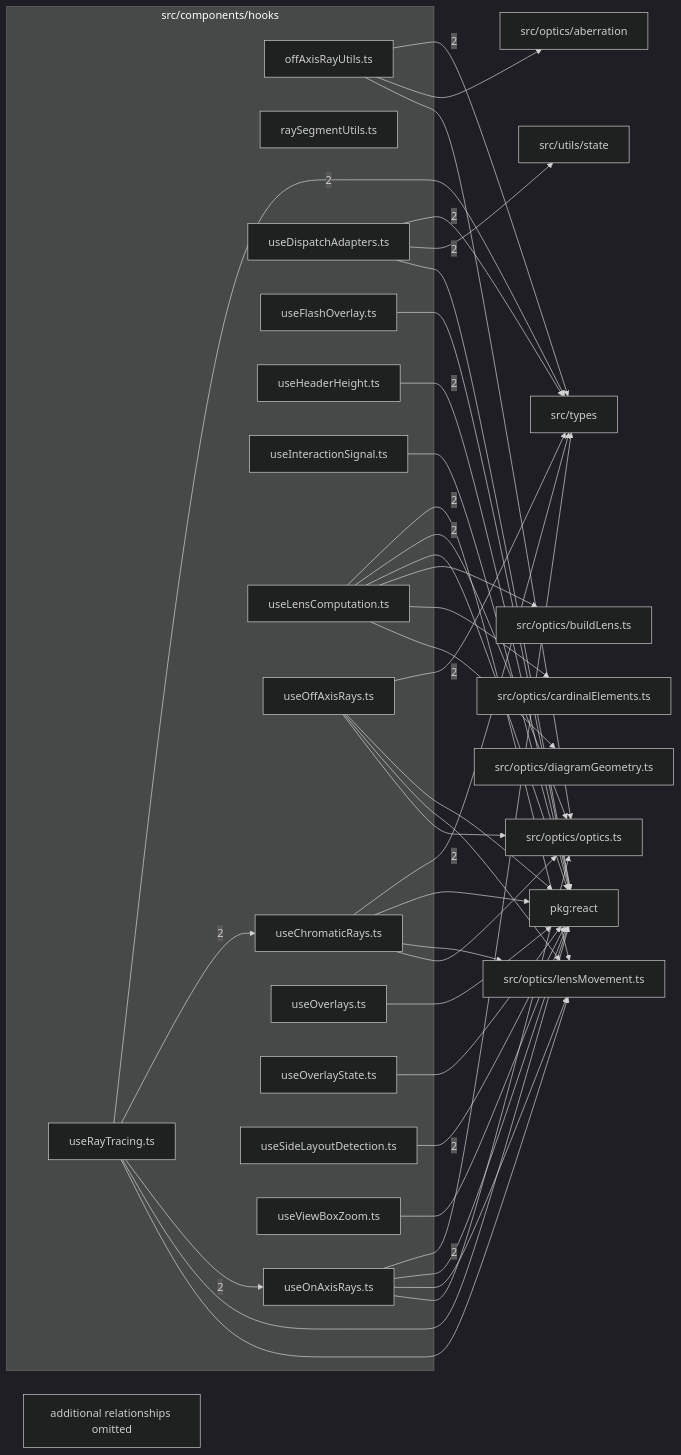
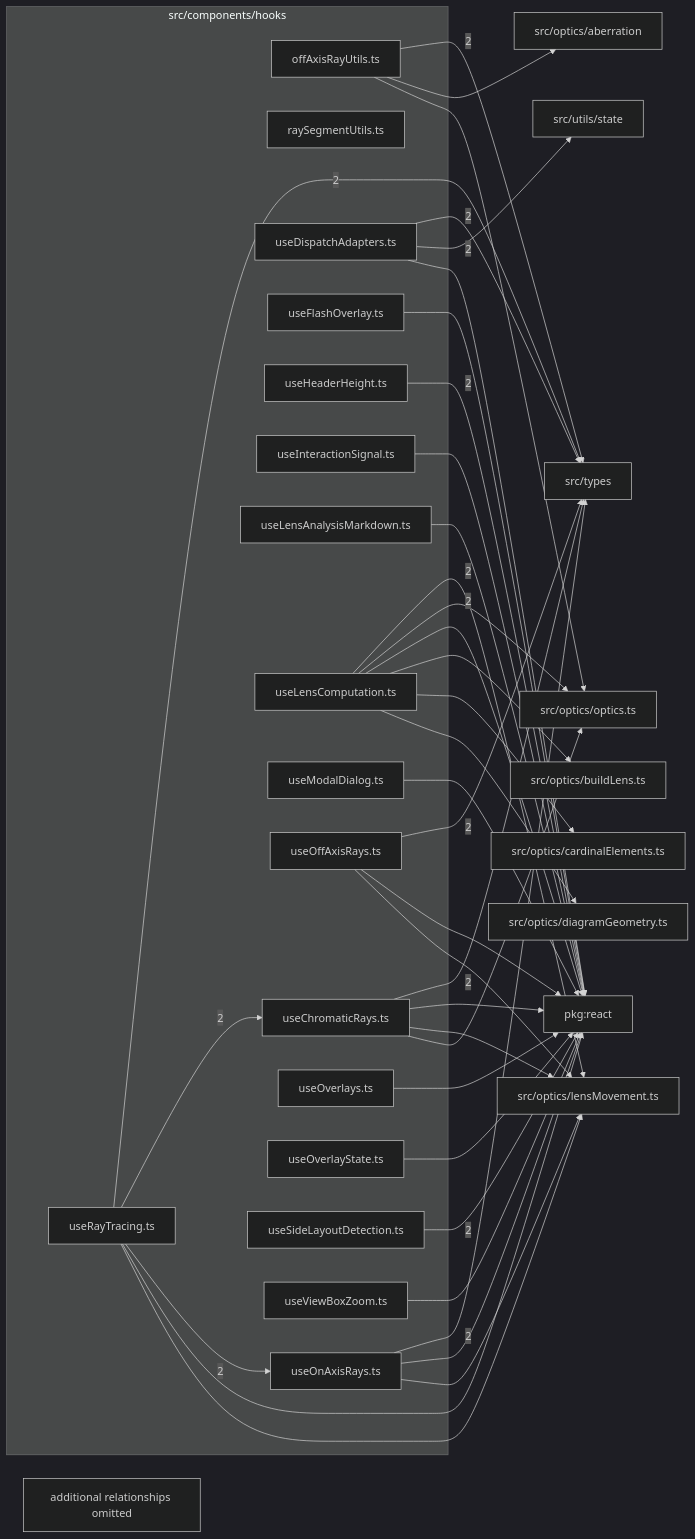
Before and after one commit to ronbuening/LensVisualizer: the diagram in src/components/hooks/readme.md, drawn with Mermaid (dark theme). The commit also changed other lines of this file and 38 other files, not shown here.

````diff
--- a/src/components/hooks/readme.md
+++ b/src/components/hooks/readme.md
@@ -9,66 +9,68 @@
 ```mermaid
 flowchart LR
   subgraph n_src_components_hooks["src/components/hooks"]
     n_src_components_hooks_src_components_hooks_offAxisRayUtils_ts["offAxisRayUtils.ts"]
     n_src_components_hooks_src_components_hooks_raySegmentUtils_ts["raySegmentUtils.ts"]
     n_src_components_hooks_src_components_hooks_useChromaticRays_ts["useChromaticRays.ts"]
     n_src_components_hooks_src_components_hooks_useDispatchAdapters_ts["useDispatchAdapters.ts"]
     n_src_components_hooks_src_components_hooks_useFlashOverlay_ts["useFlashOverlay.ts"]
     n_src_components_hooks_src_components_hooks_useHeaderHeight_ts["useHeaderHeight.ts"]
     n_src_components_hooks_src_components_hooks_useInteractionSignal_ts["useInteractionSignal.ts"]
+    n_src_components_hooks_src_components_hooks_useLensAnalysisMarkdown_ts["useLensAnalysisMarkdown.ts"]
     n_src_components_hooks_src_components_hooks_useLensComputation_ts["useLensComputation.ts"]
+    n_src_components_hooks_src_components_hooks_useModalDialog_ts["useModalDialog.ts"]
     n_src_components_hooks_src_components_hooks_useOffAxisRays_ts["useOffAxisRays.ts"]
     n_src_components_hooks_src_components_hooks_useOnAxisRays_ts["useOnAxisRays.ts"]
     n_src_components_hooks_src_components_hooks_useOverlays_ts["useOverlays.ts"]
     n_src_components_hooks_src_components_hooks_useOverlayState_ts["useOverlayState.ts"]
     n_src_components_hooks_src_components_hooks_useRayTracing_ts["useRayTracing.ts"]
     n_src_components_hooks_src_components_hooks_useSideLayoutDetection_ts["useSideLayoutDetection.ts"]
     n_src_components_hooks_src_components_hooks_useViewBoxZoom_ts["useViewBoxZoom.ts"]
   end
   n_external_pkg_react["pkg:react"]
   n_external_src_optics_lensMovement_ts["src/optics/lensMovement.ts"]
   n_external_src_optics_optics_ts["src/optics/optics.ts"]
   n_external_src_types["src/types"]
   n_external_src_utils_state["src/utils/state"]
   n_external_src_optics_aberration["src/optics/aberration"]
   n_external_src_optics_buildLens_ts["src/optics/buildLens.ts"]
   n_external_src_optics_cardinalElements_ts["src/optics/cardinalElements.ts"]
   n_external_src_optics_diagramGeometry_ts["src/optics/diagramGeometry.ts"]
   n_src_components_hooks_src_components_hooks_useHeaderHeight_ts --> |2| n_external_pkg_react
   n_src_components_hooks_src_components_hooks_useSideLayoutDetection_ts --> |2| n_external_pkg_react
   n_src_components_hooks_src_components_hooks_useLensComputation_ts --> |2| n_external_src_optics_lensMovement_ts
   n_src_components_hooks_src_components_hooks_useLensComputation_ts --> |2| n_external_src_optics_optics_ts
   n_src_components_hooks_src_components_hooks_offAxisRayUtils_ts --> |2| n_external_src_types
   n_src_components_hooks_src_components_hooks_useChromaticRays_ts --> |2| n_external_src_types
   n_src_components_hooks_src_components_hooks_useDispatchAdapters_ts --> |2| n_external_src_types
   n_src_components_hooks_src_components_hooks_useOffAxisRays_ts --> |2| n_external_src_types
   n_src_components_hooks_src_components_hooks_useOnAxisRays_ts --> |2| n_external_src_types
   n_src_components_hooks_src_components_hooks_useRayTracing_ts --> |2| n_external_src_types
   n_src_components_hooks_src_components_hooks_useDispatchAdapters_ts --> |2| n_external_src_utils_state
   n_src_components_hooks_src_components_hooks_useRayTracing_ts --> |2| n_src_components_hooks_src_components_hooks_useChromaticRays_ts
   n_src_components_hooks_src_components_hooks_useRayTracing_ts --> |2| n_src_components_hooks_src_components_hooks_useOnAxisRays_ts
   n_src_components_hooks_src_components_hooks_useChromaticRays_ts --> n_external_pkg_react
   n_src_components_hooks_src_components_hooks_useDispatchAdapters_ts --> n_external_pkg_react
   n_src_components_hooks_src_components_hooks_useFlashOverlay_ts --> n_external_pkg_react
   n_src_components_hooks_src_components_hooks_useInteractionSignal_ts --> n_external_pkg_react
+  n_src_components_hooks_src_components_hooks_useLensAnalysisMarkdown_ts --> n_external_pkg_react
   n_src_components_hooks_src_components_hooks_useLensComputation_ts --> n_external_pkg_react
+  n_src_components_hooks_src_components_hooks_useModalDialog_ts --> n_external_pkg_react
   n_src_components_hooks_src_components_hooks_useOffAxisRays_ts --> n_external_pkg_react
   n_src_components_hooks_src_components_hooks_useOnAxisRays_ts --> n_external_pkg_react
   n_src_components_hooks_src_components_hooks_useOverlays_ts --> n_external_pkg_react
   n_src_components_hooks_src_components_hooks_useOverlayState_ts --> n_external_pkg_react
   n_src_components_hooks_src_components_hooks_useRayTracing_ts --> n_external_pkg_react
   n_src_components_hooks_src_components_hooks_useViewBoxZoom_ts --> n_external_pkg_react
   n_src_components_hooks_src_components_hooks_offAxisRayUtils_ts --> n_external_src_optics_aberration
   n_src_components_hooks_src_components_hooks_useLensComputation_ts --> n_external_src_optics_buildLens_ts
   n_src_components_hooks_src_components_hooks_useLensComputation_ts --> n_external_src_optics_cardinalElements_ts
   n_src_components_hooks_src_components_hooks_useLensComputation_ts --> n_external_src_optics_diagramGeometry_ts
   n_src_components_hooks_src_components_hooks_useChromaticRays_ts --> n_external_src_optics_lensMovement_ts
   n_src_components_hooks_src_components_hooks_useOffAxisRays_ts --> n_external_src_optics_lensMovement_ts
   n_src_components_hooks_src_components_hooks_useOnAxisRays_ts --> n_external_src_optics_lensMovement_ts
   n_src_components_hooks_src_components_hooks_useRayTracing_ts --> n_external_src_optics_lensMovement_ts
   n_src_components_hooks_src_components_hooks_offAxisRayUtils_ts --> n_external_src_optics_optics_ts
   n_src_components_hooks_src_components_hooks_useChromaticRays_ts --> n_external_src_optics_optics_ts
-  n_src_components_hooks_src_components_hooks_useOffAxisRays_ts --> n_external_src_optics_optics_ts
-  n_src_components_hooks_src_components_hooks_useOnAxisRays_ts --> n_external_src_optics_optics_ts
   n_src_components_hooks_truncated["additional relationships omitted"]
 ```
````
